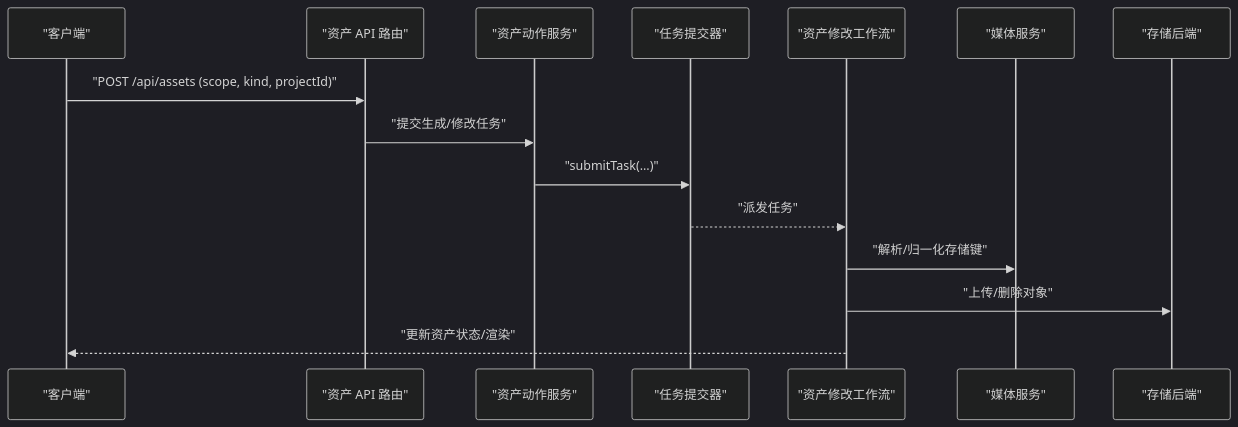
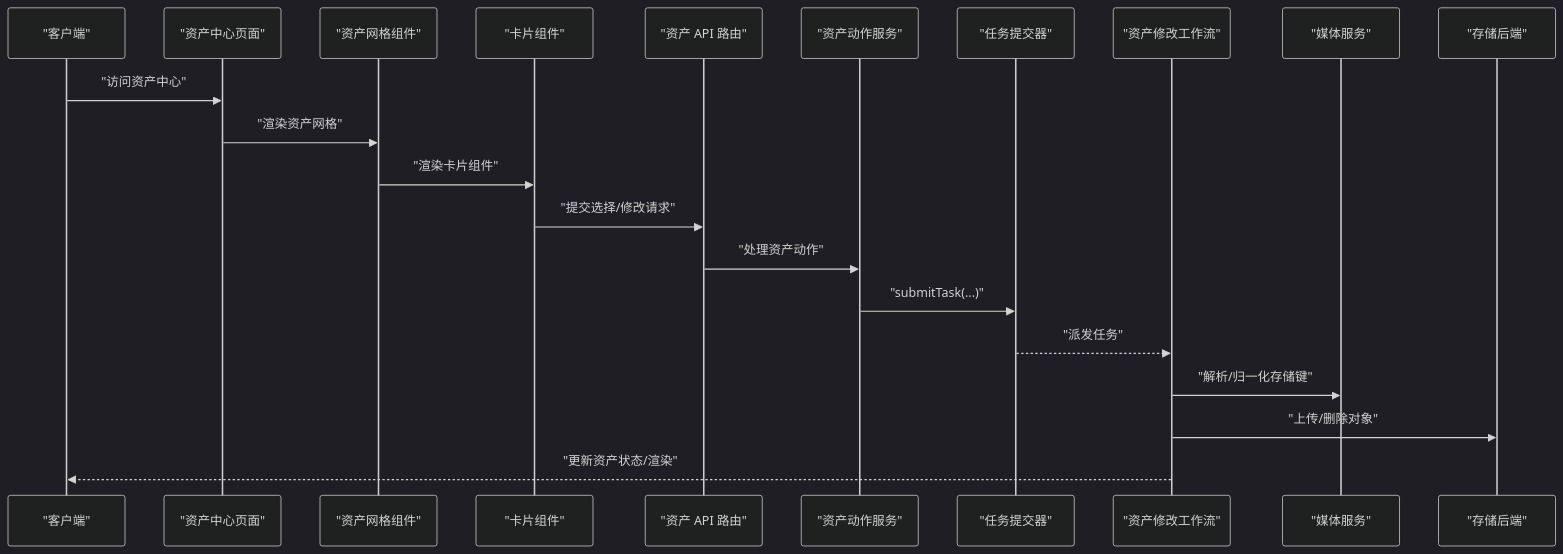
The second of 10 diagrams in .qoder/repowiki/zh/content/资产管理/资产管理.md (lyl2021/waoowaoo), drawn with Mermaid (dark theme) before and after one commit. The commit also changed other lines of this file and 20 other files, not shown here.

````diff
--- a/.qoder/repowiki/zh/content/资产管理/资产管理.md
+++ b/.qoder/repowiki/zh/content/资产管理/资产管理.md
@@ -200,17 +228,23 @@
 ```mermaid
 sequenceDiagram
 participant Client as "客户端"
+participant AssetHub as "资产中心页面"
+participant Grid as "资产网格组件"
+participant Card as "卡片组件"
 participant API as "资产 API 路由"
 participant Service as "资产动作服务"
 participant Task as "任务提交器"
 participant Worker as "资产修改工作流"
 participant Media as "媒体服务"
 participant Store as "存储后端"
-Client->>API : "POST /api/assets (scope, kind, projectId)"
-API->>Service : "提交生成/修改任务"
+Client->>AssetHub : "访问资产中心"
+AssetHub->>Grid : "渲染资产网格"
+Grid->>Card : "渲染卡片组件"
+Card->>API : "提交选择/修改请求"
+API->>Service : "处理资产动作"
 Service->>Task : "submitTask(...)"
 Task-->>Worker : "派发任务"
 Worker->>Media : "解析/归一化存储键"
 Worker->>Store : "上传/删除对象"
 Worker-->>Client : "更新资产状态/渲染"
 ```
````
